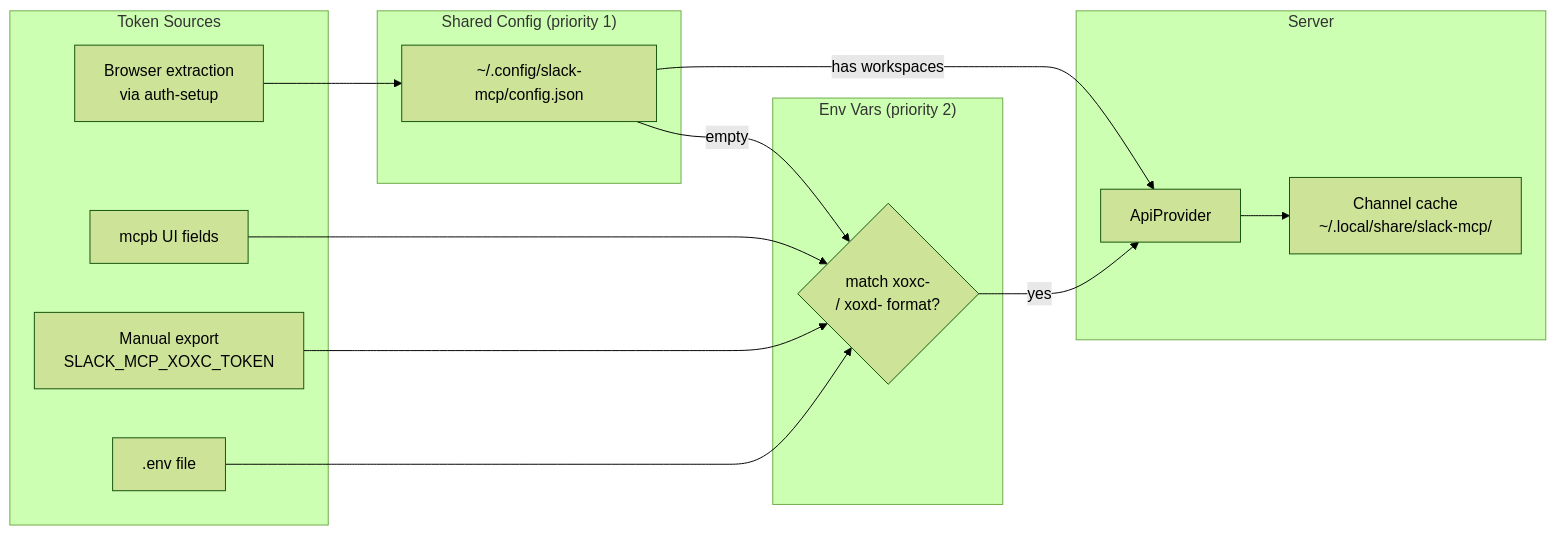
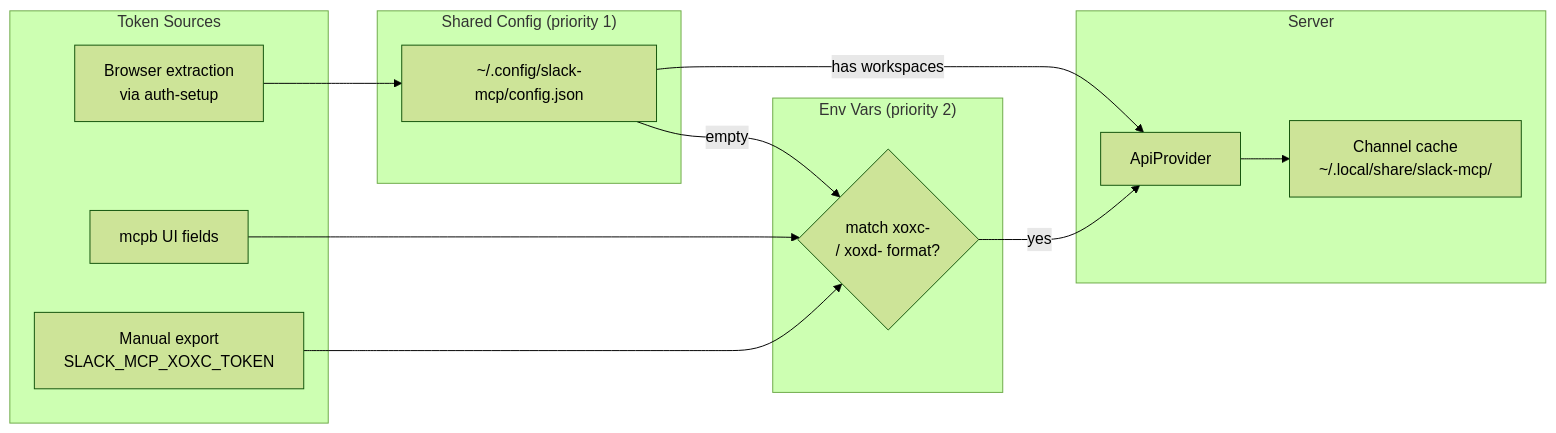
The fourth of 5 diagrams in docs/token-resolution.md (aaronsb/slack-mcp), drawn with Mermaid (forest theme) before and after one commit. The commit also changed other lines of this file and 6 other files, not shown here.

````diff
--- a/docs/token-resolution.md
+++ b/docs/token-resolution.md
@@ -100,34 +101,32 @@
 ```mermaid
 flowchart LR
     subgraph Input["Token Sources"]
         MCPB[mcpb UI fields]
         Manual[Manual export<br>SLACK_MCP_XOXC_TOKEN]
-        DotEnv[.env file]
         Browser[Browser extraction<br>via auth-setup]
     end
 
     subgraph Storage["Shared Config (priority 1)"]
         ConfigJSON[~/.config/slack-mcp/config.json]
     end
 
     subgraph Fallback["Env Vars (priority 2)"]
         EnvCheck{match xoxc-<br>/ xoxd- format?}
     end
 
     subgraph Runtime["Server"]
         Provider[ApiProvider]
         Cache[Channel cache<br>~/.local/share/slack-mcp/]
     end
 
     Browser --> ConfigJSON
     ConfigJSON -->|has workspaces| Provider
     ConfigJSON -->|empty| EnvCheck
 
     MCPB --> EnvCheck
     Manual --> EnvCheck
-    DotEnv --> EnvCheck
 
     EnvCheck -->|yes| Provider
 
     Provider --> Cache
 ```
````
